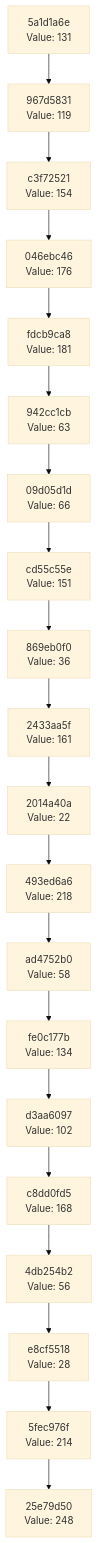
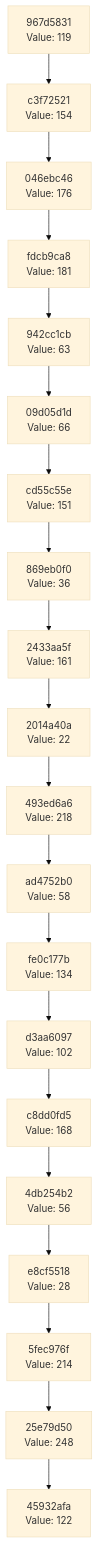
One commit to Abhisheksinha1506/hash-chain-evolver changed the diagram in docs/CHAIN_VISUALIZATION.md. Above: the diagram before and after it, drawn with Mermaid (base theme). The commit also changed 2 other files, not shown here.

Commit message:
Evolution Step

````diff
--- a/docs/CHAIN_VISUALIZATION.md
+++ b/docs/CHAIN_VISUALIZATION.md
@@ -3,42 +3,42 @@
 ```mermaid
 graph TD
-    C0["25e79d50<br/>Value: 248"]
-    C1["5fec976f<br/>Value: 214"]
+    C0["45932afa<br/>Value: 122"]
+    C1["25e79d50<br/>Value: 248"]
     C1 --> C0
-    C2["e8cf5518<br/>Value: 28"]
+    C2["5fec976f<br/>Value: 214"]
     C2 --> C1
-    C3["4db254b2<br/>Value: 56"]
+    C3["e8cf5518<br/>Value: 28"]
     C3 --> C2
-    C4["c8dd0fd5<br/>Value: 168"]
+    C4["4db254b2<br/>Value: 56"]
     C4 --> C3
-    C5["d3aa6097<br/>Value: 102"]
+    C5["c8dd0fd5<br/>Value: 168"]
     C5 --> C4
-    C6["fe0c177b<br/>Value: 134"]
+    C6["d3aa6097<br/>Value: 102"]
     C6 --> C5
-    C7["ad4752b0<br/>Value: 58"]
+    C7["fe0c177b<br/>Value: 134"]
     C7 --> C6
-    C8["493ed6a6<br/>Value: 218"]
+    C8["ad4752b0<br/>Value: 58"]
     C8 --> C7
-    C9["2014a40a<br/>Value: 22"]
+    C9["493ed6a6<br/>Value: 218"]
     C9 --> C8
-    C10["2433aa5f<br/>Value: 161"]
+    C10["2014a40a<br/>Value: 22"]
     C10 --> C9
-    C11["869eb0f0<br/>Value: 36"]
+    C11["2433aa5f<br/>Value: 161"]
     C11 --> C10
-    C12["cd55c55e<br/>Value: 151"]
+    C12["869eb0f0<br/>Value: 36"]
     C12 --> C11
-    C13["09d05d1d<br/>Value: 66"]
+    C13["cd55c55e<br/>Value: 151"]
     C13 --> C12
-    C14["942cc1cb<br/>Value: 63"]
+    C14["09d05d1d<br/>Value: 66"]
     C14 --> C13
-    C15["fdcb9ca8<br/>Value: 181"]
+    C15["942cc1cb<br/>Value: 63"]
     C15 --> C14
-    C16["046ebc46<br/>Value: 176"]
+    C16["fdcb9ca8<br/>Value: 181"]
     C16 --> C15
-    C17["c3f72521<br/>Value: 154"]
+    C17["046ebc46<br/>Value: 176"]
     C17 --> C16
-    C18["967d5831<br/>Value: 119"]
+    C18["c3f72521<br/>Value: 154"]
     C18 --> C17
-    C19["5a1d1a6e<br/>Value: 131"]
+    C19["967d5831<br/>Value: 119"]
     C19 --> C18
 ```
````
